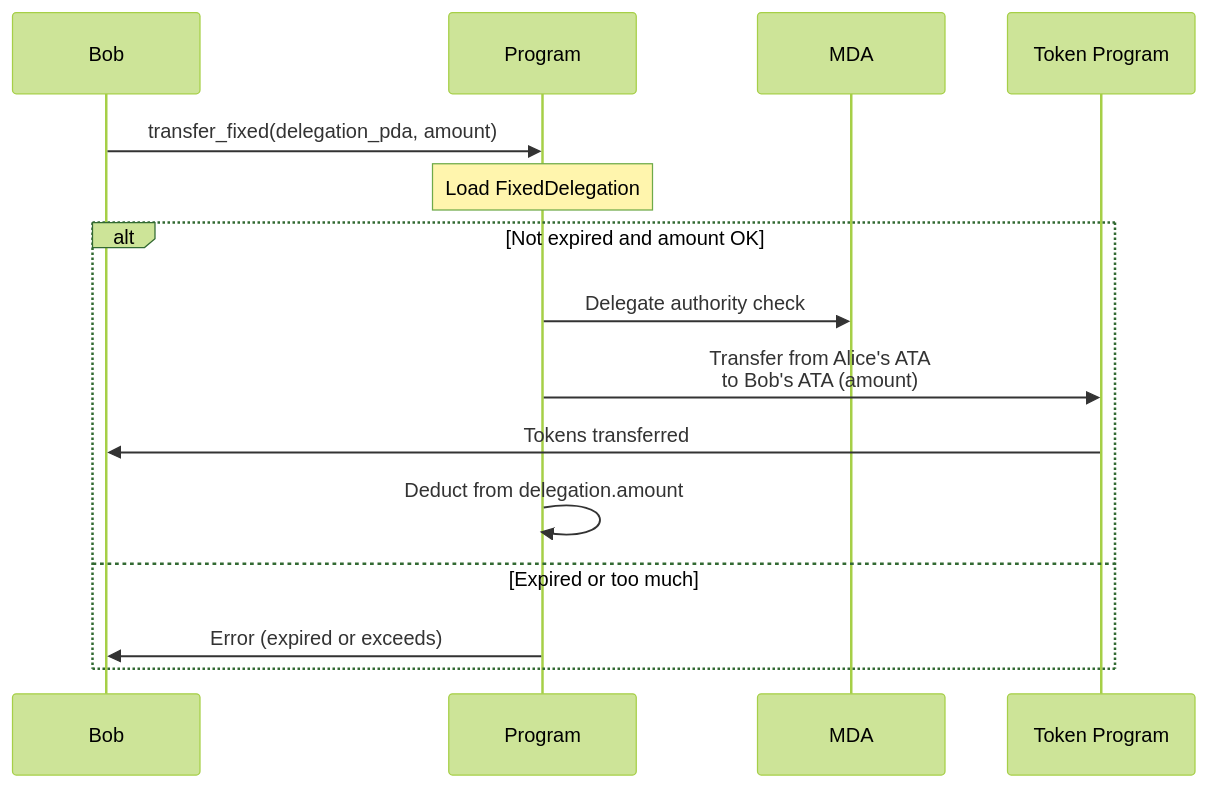
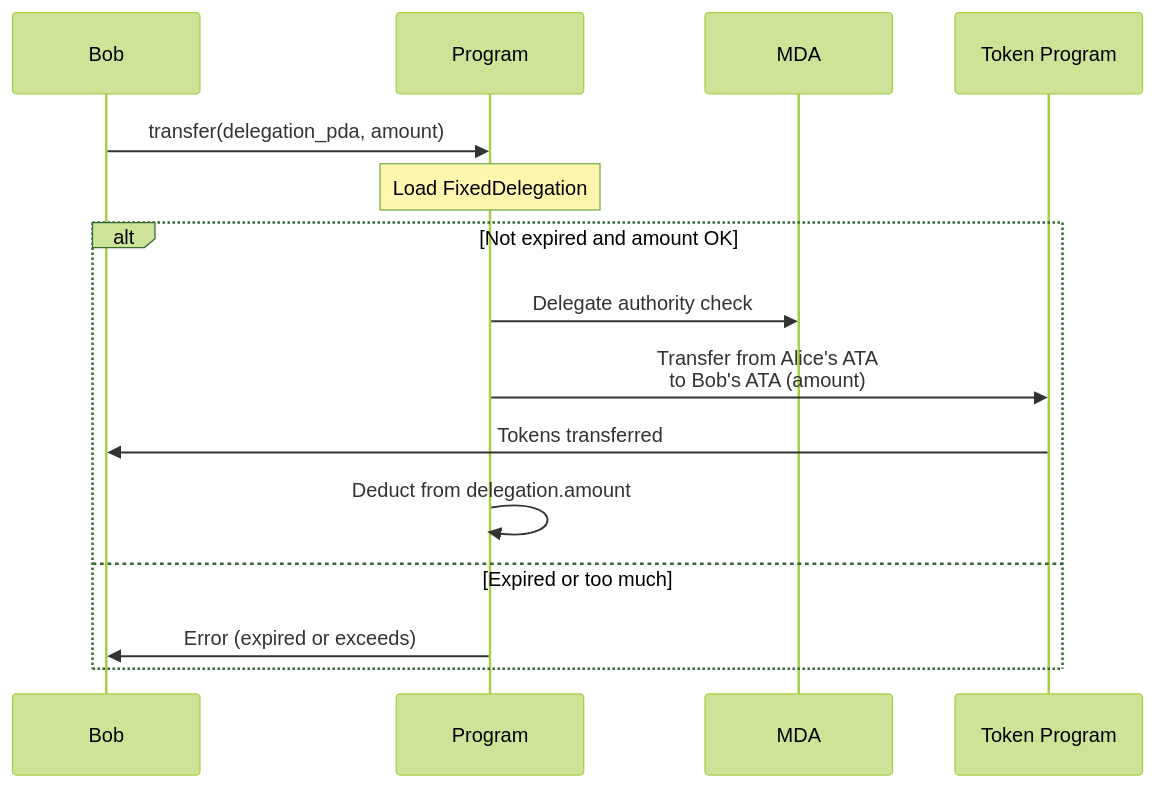
Before and after one commit to solana-program/multi-delegator: the fifth of 6 diagrams in docs/001-multi-delegator-architecture.md, drawn with Mermaid (forest theme). The commit also changed other lines of this file and 31 other files, not shown here.

````diff
--- a/docs/001-multi-delegator-architecture.md
+++ b/docs/001-multi-delegator-architecture.md
@@ -102,19 +102,19 @@
 ```mermaid
 sequenceDiagram
     participant B as Bob
     participant P as Program
     participant MDA as MDA
     participant T as Token Program
 
-    B->>P: transfer_fixed(delegation_pda, amount)
+    B->>P: transfer(delegation_pda, amount)
     Note over P: Load FixedDelegation
 
     alt Not expired and amount OK
         P->>MDA: Delegate authority check
         P->>T: Transfer from Alice's ATA<br/>to Bob's ATA (amount)
         T->>B: Tokens transferred
         P->>P: Deduct from delegation.amount
     else Expired or too much
         P->>B: Error (expired or exceeds)
     end
 ```
````
